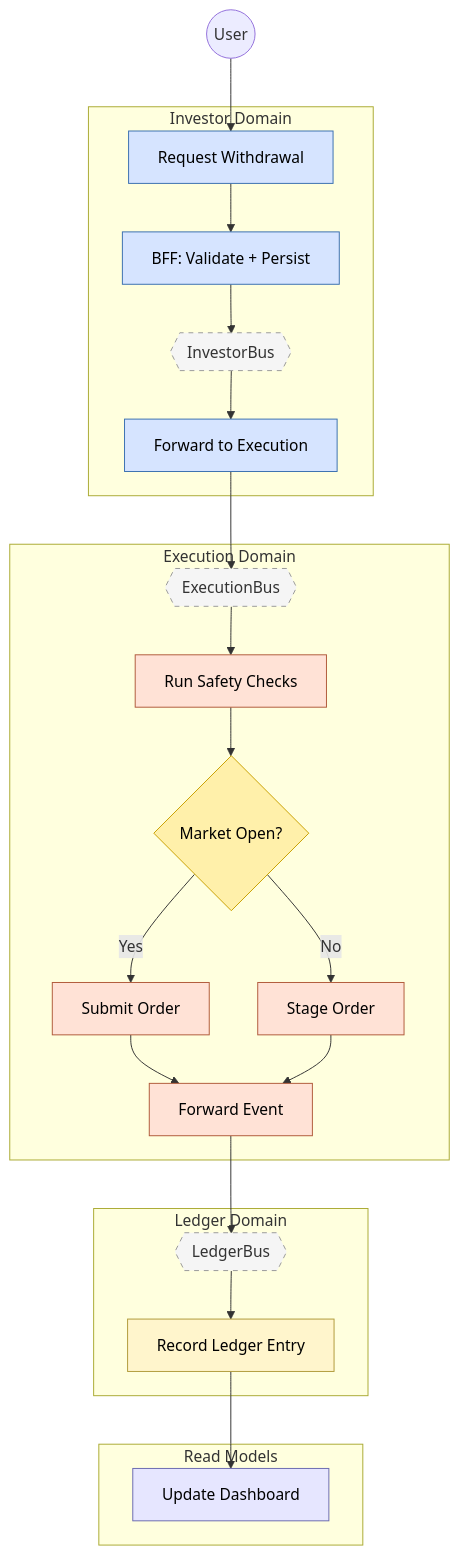
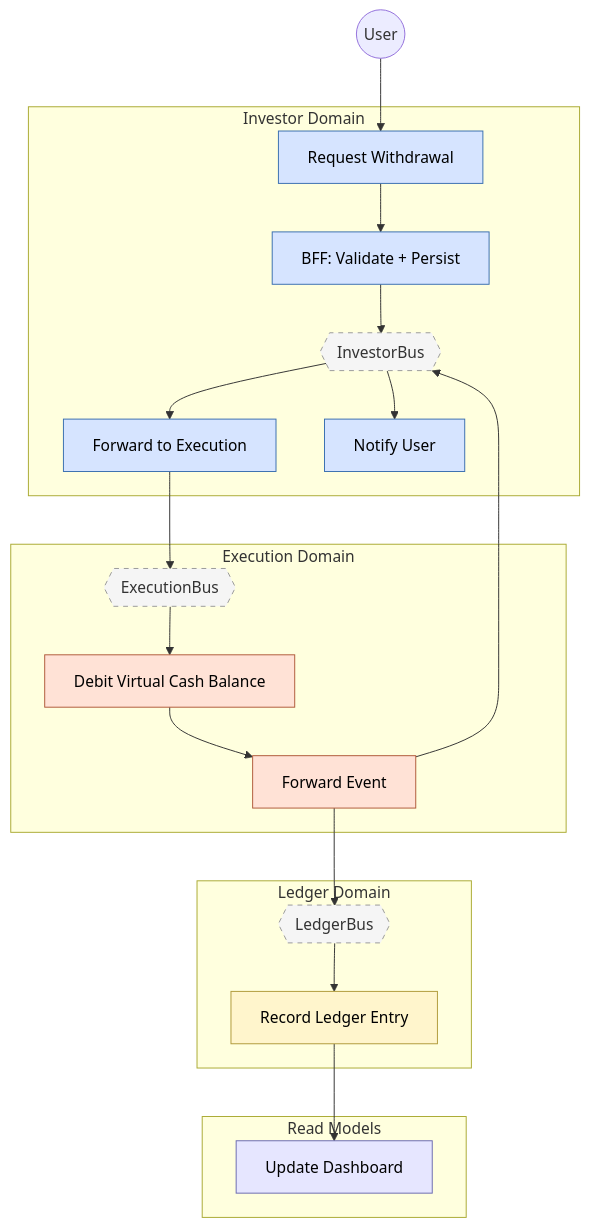
The diagram in docs/data-flows/03-withdrawal.md (fabio-vitali/nestfolio), drawn with Mermaid before and after one commit. The commit also changed other lines of this file and 8 other files, not shown here.

````diff
--- a/docs/data-flows/03-withdrawal.md
+++ b/docs/data-flows/03-withdrawal.md
@@ -11,58 +11,50 @@
 ```mermaid
 flowchart TB
     subgraph subGraph0["Investor Domain"]
         A1["Request Withdrawal"]
         A2["BFF: Validate + Persist"]
         IB{{"InvestorBus"}}
         A3["Forward to Execution"]
+        A4["Notify User"]
     end
     subgraph subGraph1["Execution Domain"]
         EB{{"ExecutionBus"}}
-        B1["Run Safety Checks"]
-        B2{"Market Open?"}
-        B3["Submit Order"]
-        B4["Stage Order"]
-        B5["Forward Event"]
+        B1["Debit Virtual Cash Balance"]
+        B2["Forward Event"]
     end
     subgraph subGraph2["Ledger Domain"]
         LB{{"LedgerBus"}}
         C1["Record Ledger Entry"]
     end
     subgraph subGraph3["Read Models"]
         D1["Update Dashboard"]
     end
     U(("User")) --> A1
     A1 --> A2
     A2 --> IB
     IB --> A3
     A3 --> EB
     EB --> B1
     B1 --> B2
-    B2 -- Yes --> B3
-    B2 -- No --> B4
-    B3 --> B5
-    B4 --> B5
-    B5 --> LB
+    B2 --> IB & LB
+    IB --> A4
     LB --> C1
     C1 --> D1
 
     A1:::investor
     A2:::investor
     IB:::bus
     A3:::investor
+    A4:::investor
     EB:::bus
     B1:::execution
-    B2:::decision
-    B3:::execution
-    B4:::execution
-    B5:::execution
+    B2:::execution
     LB:::bus
     C1:::ledger
     D1:::read
     classDef investor fill:#D6E4FF,stroke:#3A6FB0,color:#000
     classDef execution fill:#FFE2D6,stroke:#B05A3A,color:#000
     classDef ledger fill:#FFF5CC,stroke:#B09A3A,color:#000
     classDef read fill:#E6E6FF,stroke:#6A6AB0,color:#000
     classDef bus fill:#F5F5F5,stroke:#999,stroke-dasharray:5 5
-    classDef decision fill:#FFF0AA,stroke:#C9A000,color:#000
 ```
````
